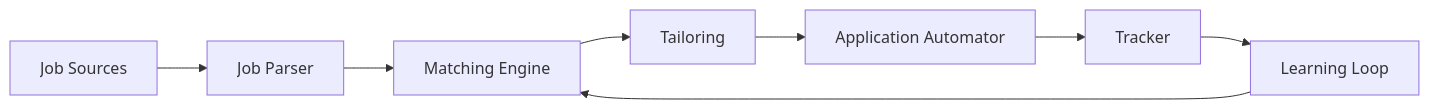
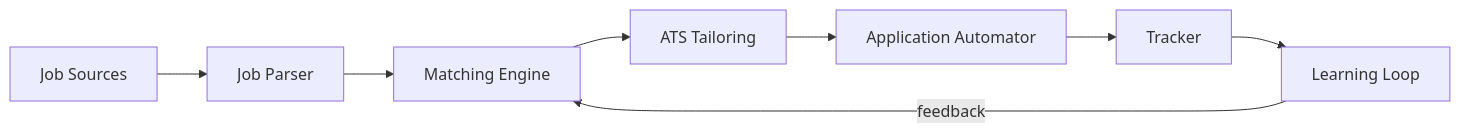
The first of 2 diagrams in docs/workflow.md (Anand0295/jobhunt), drawn with Mermaid before and after one commit. The commit also changed other lines of this file, not shown here.

Commit message:
Docs: Fix Mermaid syntax for end-to-end flow diagram in workflow.md.

````diff
--- a/docs/workflow.md
+++ b/docs/workflow.md
@@ -14,10 +17,10 @@
 ```mermaid
 flowchart LR
     A[Job Sources] --> B[Job Parser]
     B --> C[Matching Engine]
-    C --> D[Tailoring]
+    C --> D[ATS Tailoring]
     D --> E[Application Automator]
     E --> F[Tracker]
     F --> G[Learning Loop]
-    G --> C
+    G -- feedback --> C
 ```
````
